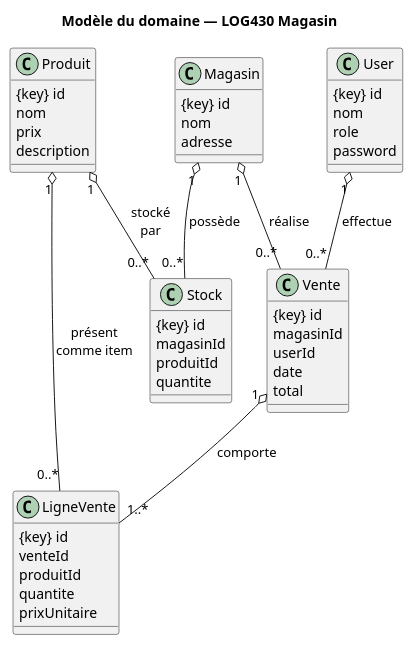
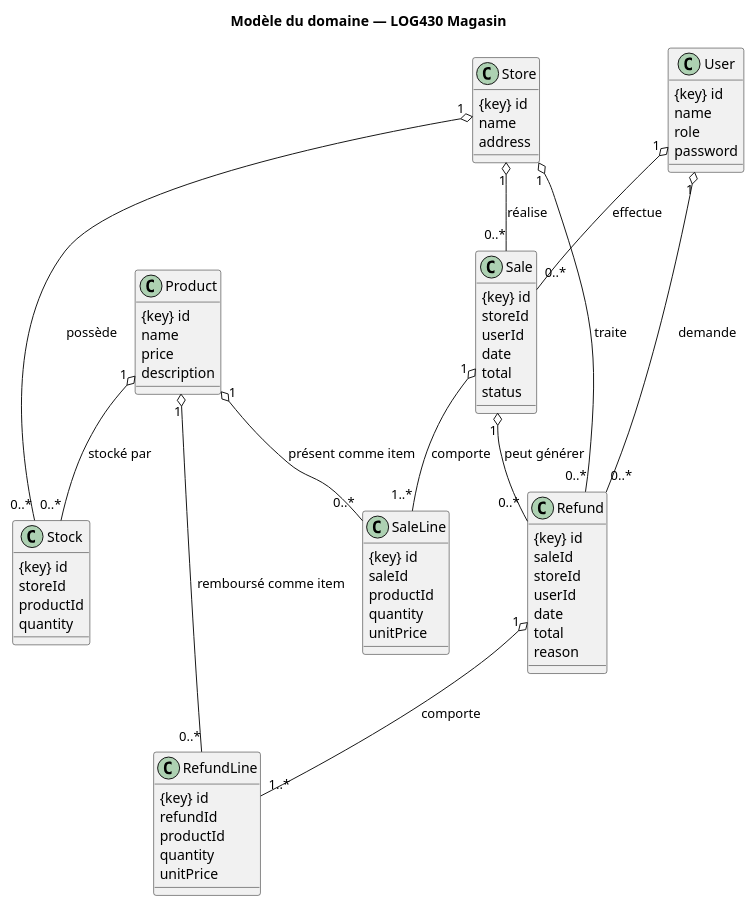
Before and after one commit to Minh-Khoi-Le/log430-lab4: the diagram in docs/UML/MDD.puml, drawn with PlantUML. The commit also changed 16 other files, not shown here.

Commit message:
Update UML diagrams and report

```diff
--- a/docs/UML/MDD.puml
+++ b/docs/UML/MDD.puml
@@ -1,56 +1,79 @@
-@startuml
-title Modèle du domaine — LOG430 Magasin
+@startuml MDD Magasin
+title Modèle du domaine — LOG430 Magasin 
 
 '–––––––––––  Entités  –––––––––––
-class Produit {
+class Product {
     {key} id
-    nom
-    prix
+    name
+    price
     description
 }
 
-class Magasin {
+class Store {
     {key} id
-    nom
-    adresse
+    name
+    address
 }
 
 class Stock {
     {key} id
-    magasinId
-    produitId
-    quantite
+    storeId
+    productId
+    quantity
 }
 
 class User {
     {key} id
-    nom
+    name
     role
     password
 }
 
-class Vente {
+class Sale {
     {key} id
-    magasinId
+    storeId
     userId
     date
     total
+    status
 }
 
-class LigneVente {
+class SaleLine {
     {key} id
-    venteId
-    produitId
-    quantite
-    prixUnitaire
+    saleId
+    productId
+    quantity
+    unitPrice
+}
+
+class Refund {
+    {key} id
+    saleId
+    storeId
+    userId
+    date
+    total
+    reason
+}
+
+class RefundLine {
+    {key} id
+    refundId
+    productId
+    quantity
+    unitPrice
 }
 
 '–––––––––––  Associations & cardinalités  –––––––––––
-Magasin  "1"  o--  "0..*" Stock       : possède
-Produit  "1"  o--  "0..*" Stock       : stocké\npar
-
-Magasin  "1"  o--  "0..*" Vente       : réalise
-User     "1"  o--  "0..*" Vente       : effectue
-Vente    "1"  o--  "1..*" LigneVente  : comporte
-Produit  "1"  o--  "0..*" LigneVente  : présent\ncomme item
+Store     "1"     o--  "0..*" Stock        : possède
+Product   "1"     o--  "0..*" Stock        : stocké par
+Store     "1"     o--  "0..*" Sale         : réalise
+Store     "1"     o--  "0..*" Refund       : traite
+User      "1"     o--  "0..*" Sale         : effectue
+User      "1"     o--  "0..*" Refund       : demande
+Sale      "1"     o--  "1..*" SaleLine     : comporte
+Sale      "1"     o--  "0..*" Refund       : peut générer
+Product   "1"     o--  "0..*" SaleLine     : présent comme item
+Refund    "1"     o--  "1..*" RefundLine   : comporte
+Product   "1"     o--  "0..*" RefundLine   : remboursé comme item
 @enduml
```
